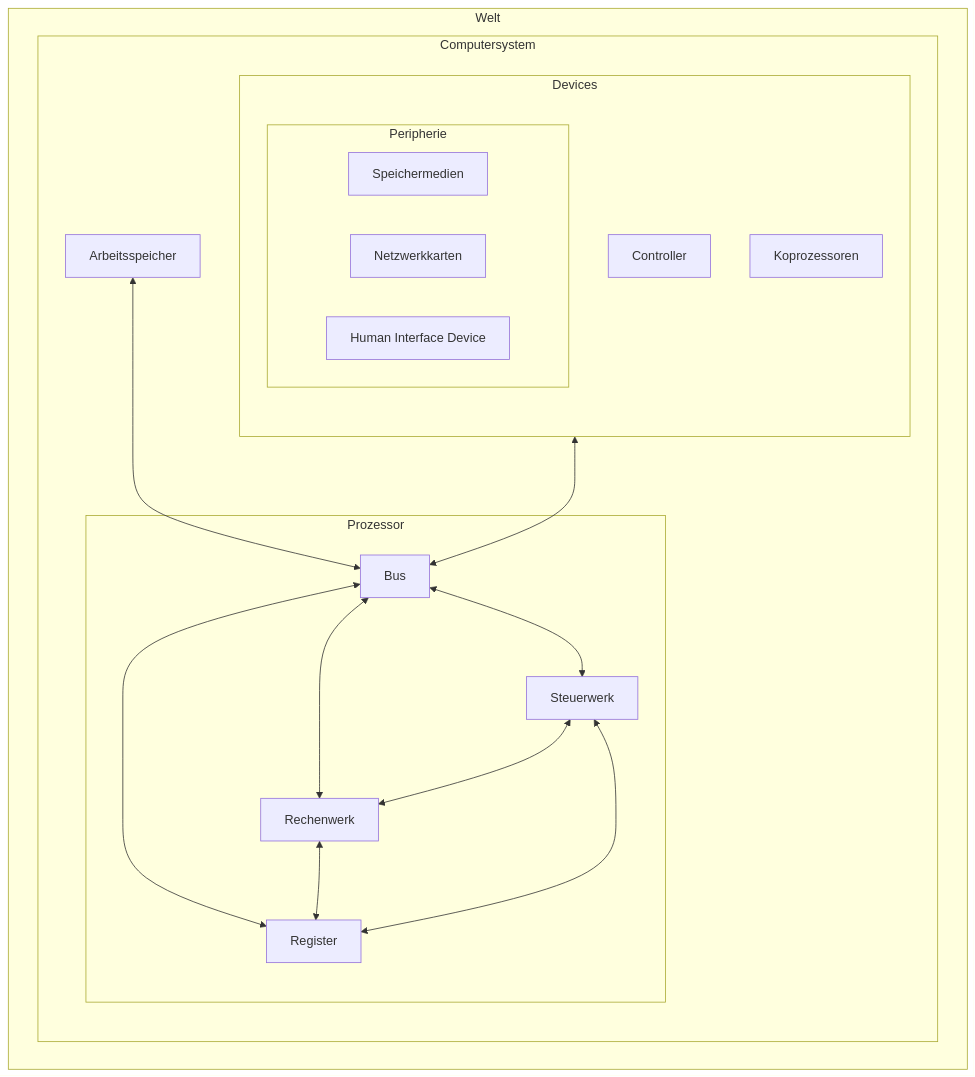
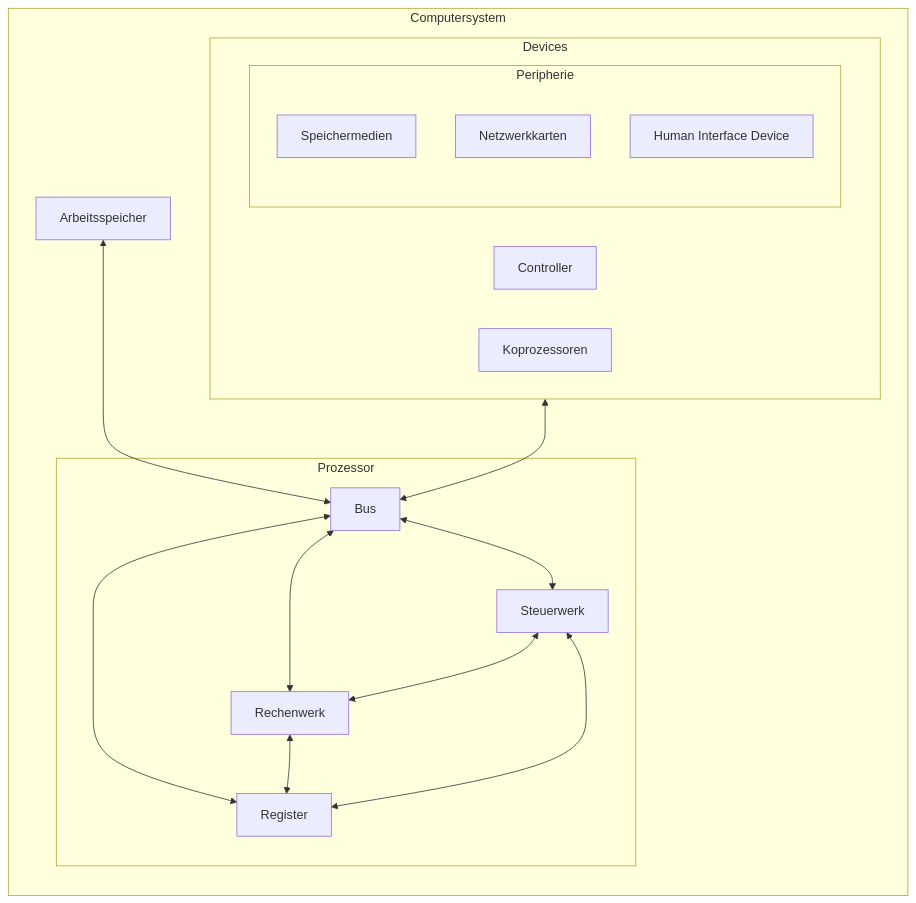
The second of 3 diagrams in src/schnittstellen.md (passa-wq/LF7), drawn with Mermaid before and after one commit. The commit also changed other lines of this file and 7 other files, not shown here.

````diff
--- a/src/schnittstellen.md
+++ b/src/schnittstellen.md
@@ -87,25 +63,23 @@
 ```mermaid
-flowchart TB
-subgraph Welt
-  subgraph Computersystem
-    Arbeitsspeicher
-    subgraph Devices
-      subgraph Peripherie
-        Speichermedien
-        Netzwerkkarten
-        HID[Human Interface Device]
-      end
-      Controller
-      Koprozessoren
+flowchart LR
+subgraph Computersystem
+  Arbeitsspeicher
+  subgraph Devices
+    subgraph Peripherie
+      Speichermedien
+      Netzwerkkarten
+      HID[Human Interface Device]
     end
-    subgraph Prozessor
-      Bus <--> Register
-      Bus <--> Rechenwerk <--> Register
-      Bus <--> Steuerwerk <--> Register
-      Steuerwerk <--> Rechenwerk
-    end
+    Controller
+    Koprozessoren
   end
-  Arbeitsspeicher <--> Bus
-  Devices <--> Bus
+  subgraph Prozessor
+    Bus <--> Register
+    Bus <--> Rechenwerk <--> Register
+    Bus <--> Steuerwerk <--> Register
+    Steuerwerk <--> Rechenwerk
+  end
 end
+Arbeitsspeicher <--> Bus
+Devices <--> Bus
 ```
````
